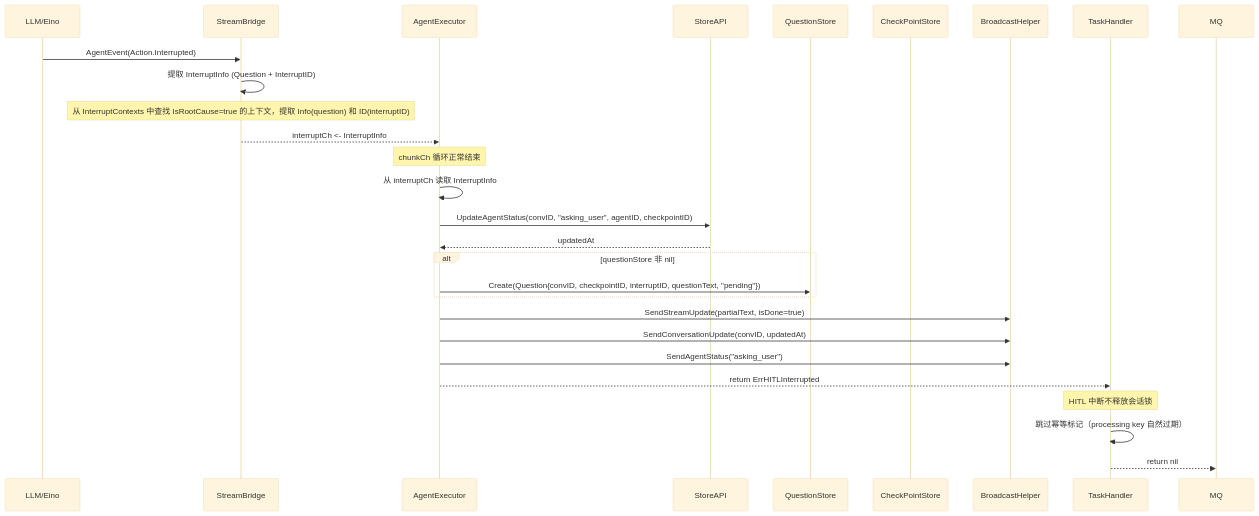
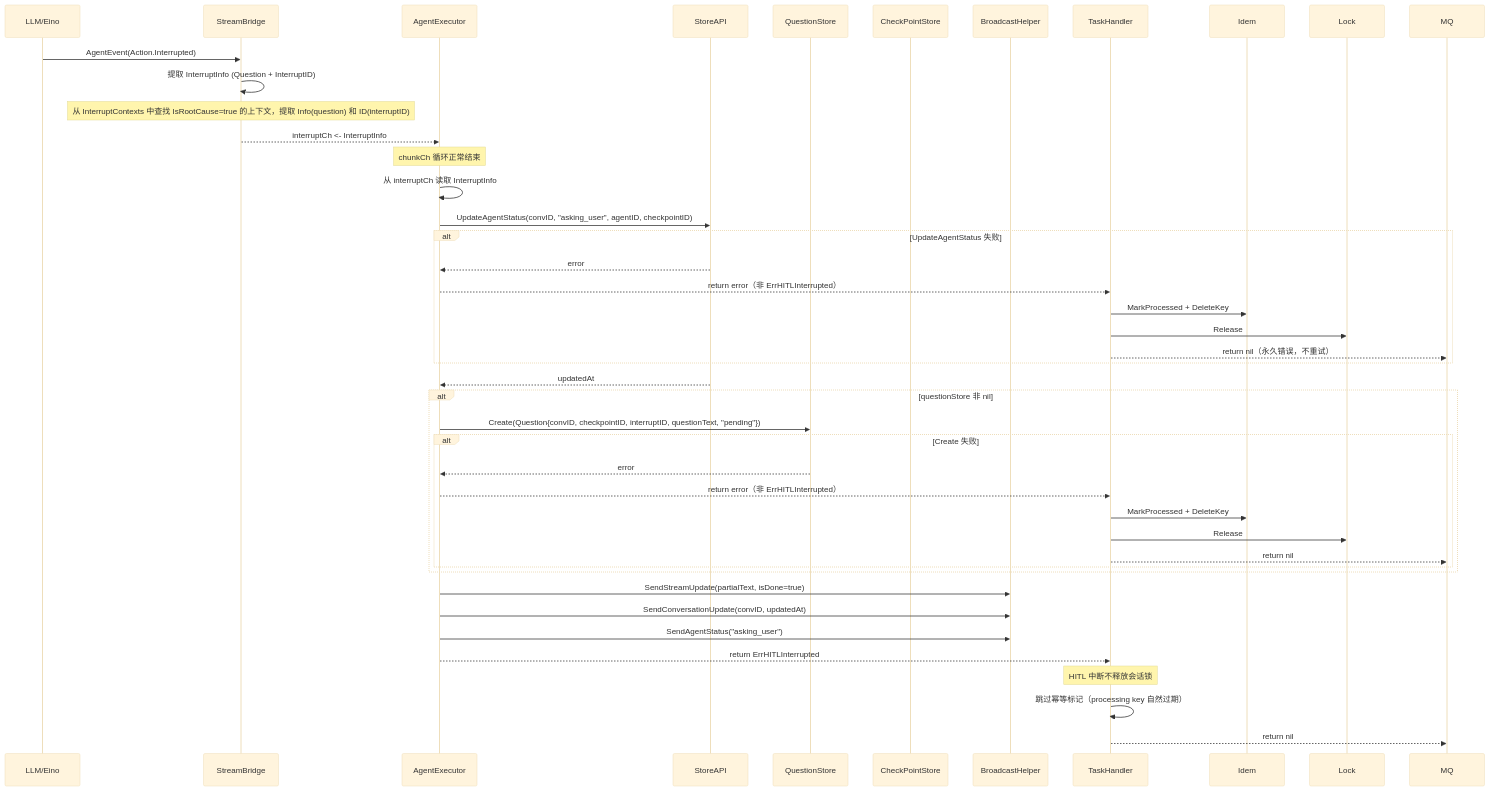
The second of 11 diagrams in wiki/flows/agent-execution.md (PineappleBond/xyncra-server), drawn with Mermaid (base theme) before and after one commit. The commit also changed other lines of this file and 21 other files, not shown here.

First line of the commit message:
docs(wiki): fix accuracy and completeness issues across all flow documents

````diff
--- a/wiki/flows/agent-execution.md
+++ b/wiki/flows/agent-execution.md
@@ -158,39 +158,53 @@
 ```mermaid
 sequenceDiagram
     participant LLM as LLM/Eino
     participant Bridge as StreamBridge
     participant Exec as AgentExecutor
     participant Store as StoreAPI
     participant QS as QuestionStore
     participant CS as CheckPointStore
     participant BC as BroadcastHelper
     participant TH as TaskHandler
 
     LLM->>Bridge: AgentEvent(Action.Interrupted)
     Bridge->>Bridge: 提取 InterruptInfo (Question + InterruptID)
 
     Note over Bridge: 从 InterruptContexts 中查找 IsRootCause=true 的上下文，提取 Info(question) 和 ID(interruptID)
 
     Bridge-->>Exec: interruptCh <- InterruptInfo
 
     Note over Exec: chunkCh 循环正常结束
 
     Exec->>Exec: 从 interruptCh 读取 InterruptInfo
 
     Exec->>Store: UpdateAgentStatus(convID, "asking_user", agentID, checkpointID)
+    alt UpdateAgentStatus 失败
+        Store-->>Exec: error
+        Exec-->>TH: return error（非 ErrHITLInterrupted）
+        TH->>Idem: MarkProcessed + DeleteKey
+        TH->>Lock: Release
+        TH-->>MQ: return nil（永久错误，不重试）
+    end
     Store-->>Exec: updatedAt
 
     alt questionStore 非 nil
         Exec->>QS: Create(Question{convID, checkpointID, interruptID, questionText, "pending"})
+        alt Create 失败
+            QS-->>Exec: error
+            Exec-->>TH: return error（非 ErrHITLInterrupted）
+            TH->>Idem: MarkProcessed + DeleteKey
+            TH->>Lock: Release
+            TH-->>MQ: return nil
+        end
     end
 
     Exec->>BC: SendStreamUpdate(partialText, isDone=true)
     Exec->>BC: SendConversationUpdate(convID, updatedAt)
     Exec->>BC: SendAgentStatus("asking_user")
 
     Exec-->>TH: return ErrHITLInterrupted
 
     Note over TH: HITL 中断不释放会话锁
     TH->>TH: 跳过幂等标记（processing key 自然过期）
     TH-->>MQ: return nil
 ```
````
